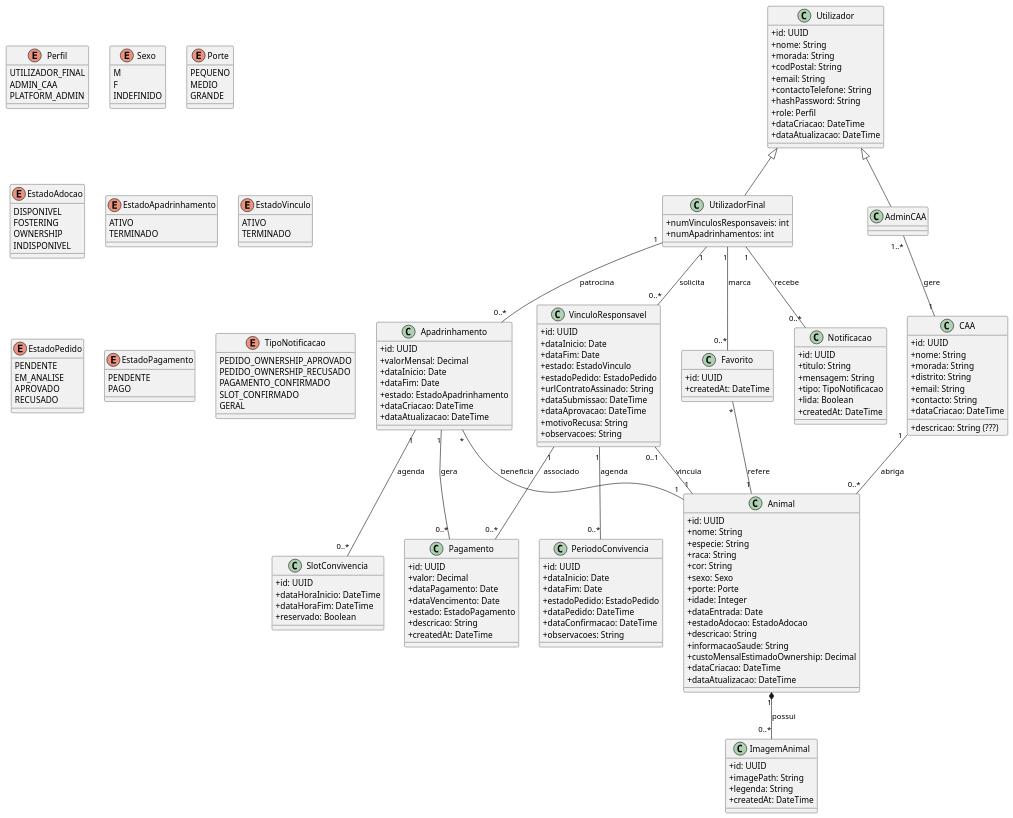
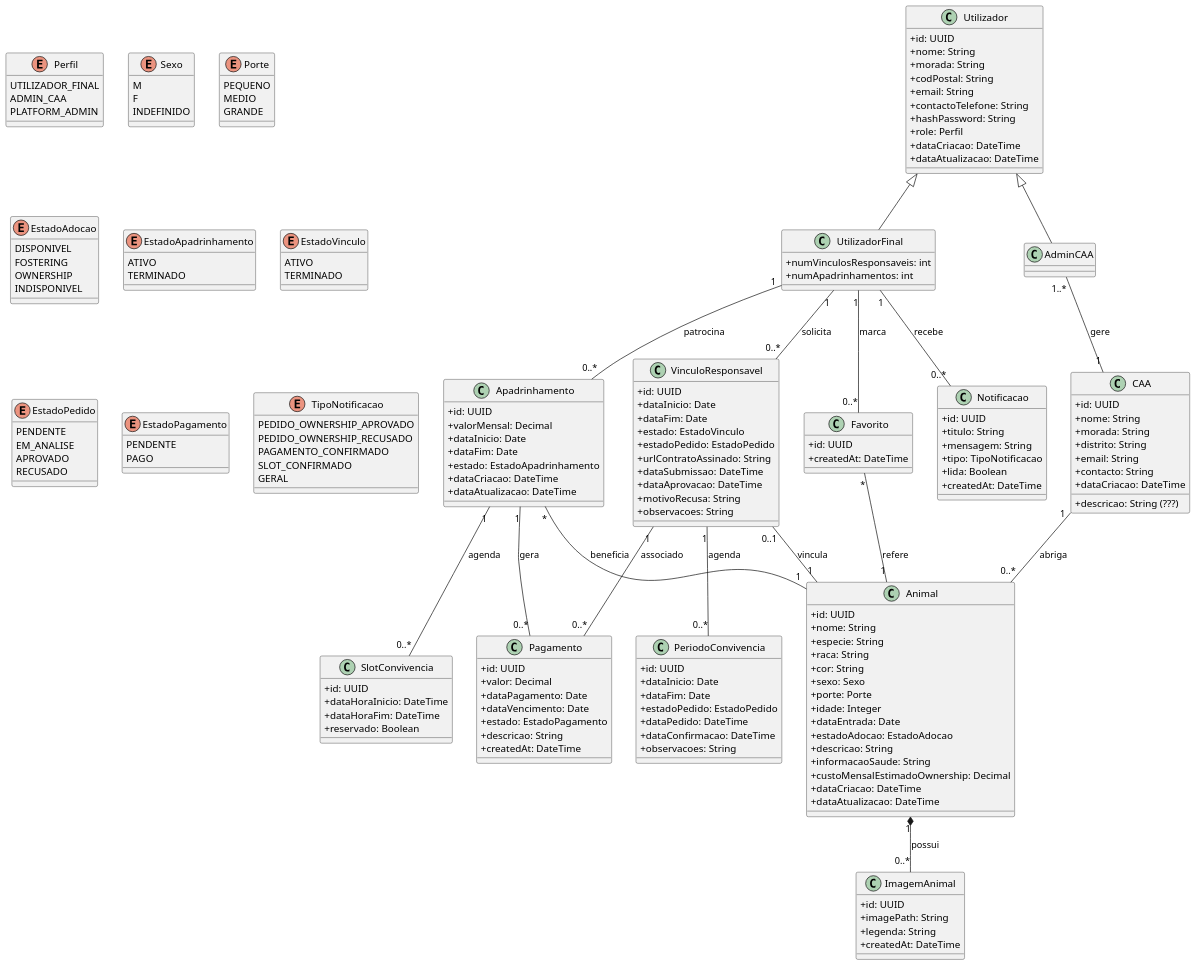
Before and after one commit to see-paw/project-artifacts: the diagram in artefactos_tecnicos/diagramas/DiagramaClasses.puml, drawn with PlantUML.

```diff
--- a/artefactos_tecnicos/diagramas/DiagramaClasses.puml
+++ b/artefactos_tecnicos/diagramas/DiagramaClasses.puml
@@ -1,5 +1,5 @@
 @startuml
-scale 1.1
+scale 1.3
 skinparam classAttributeIconSize 0
 
 ' ================ UTILIZADORES ================
```
